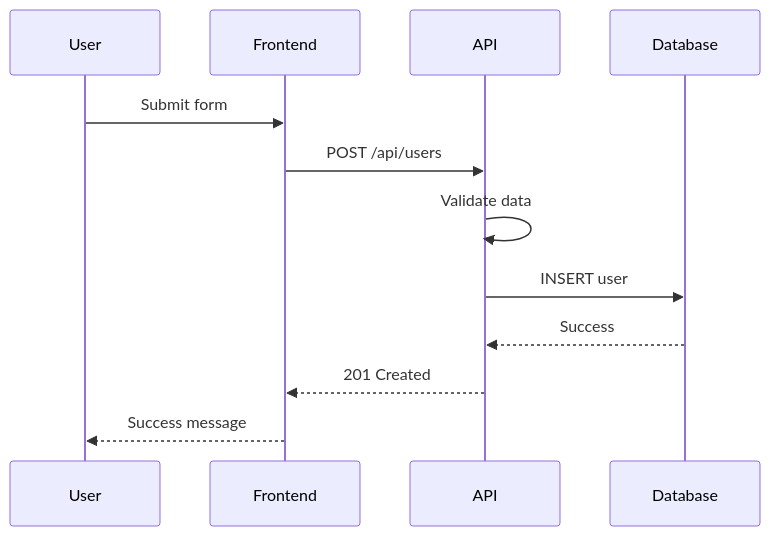
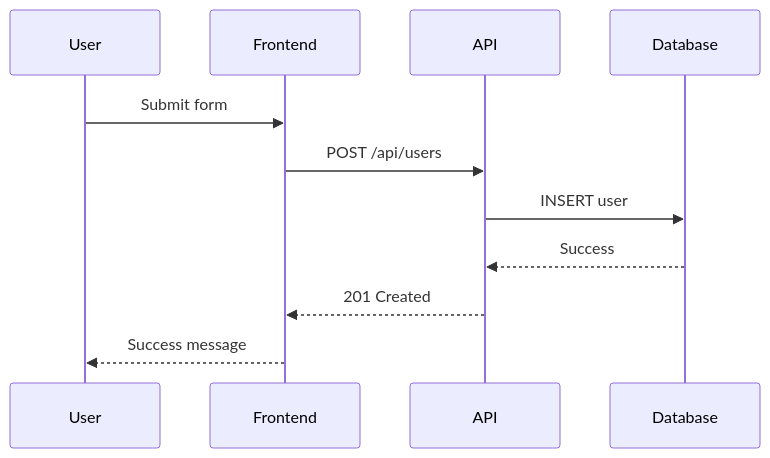
One commit to rysweet/MicrosoftHackathon2025-AgenticCoding changed the third of 3 diagrams in .claude/agents/amplihack/specialized/visualization-architect.md. Above: the diagram before and after it, drawn with Mermaid. The commit also changed other lines of this file and 2 other files, not shown here.

````diff
--- a/.claude/agents/amplihack/specialized/visualization-architect.md
+++ b/.claude/agents/amplihack/specialized/visualization-architect.md
@@ -132,15 +97,14 @@
 ```mermaid
 sequenceDiagram
     participant U as User
     participant F as Frontend
     participant A as API
     participant D as Database
 
     U->>F: Submit form
     F->>A: POST /api/users
-    A->>A: Validate data
     A->>D: INSERT user
     D-->>A: Success
     A-->>F: 201 Created
     F-->>U: Success message
 ```
````
